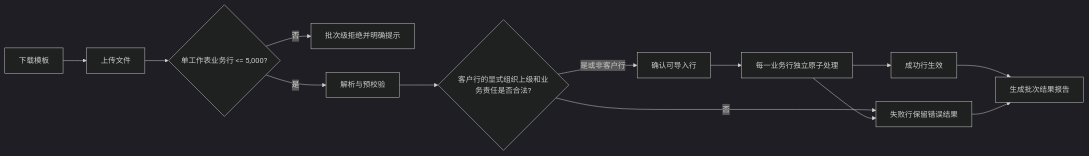
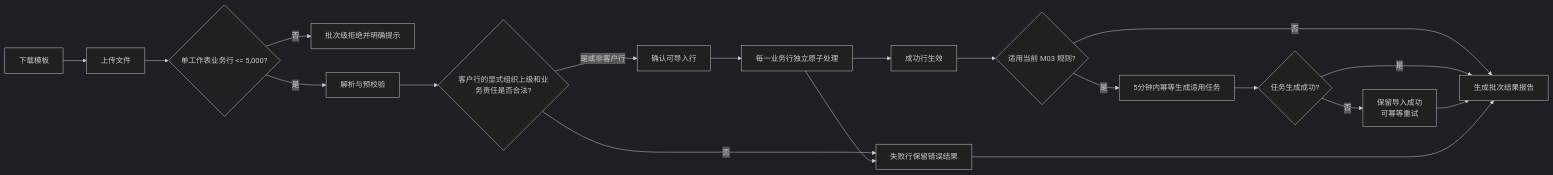
Before and after one commit to Joker-1030/Yingjia-Internal-Management-System: the first of 3 diagrams in prd-workspace/current/user-flows/FLOW-07-M10-import.md, drawn with Mermaid (dark theme). The commit also changed other lines of this file and 89 other files, not shown here.

````diff
--- a/prd-workspace/current/user-flows/FLOW-07-M10-import.md
+++ b/prd-workspace/current/user-flows/FLOW-07-M10-import.md
@@ -10,15 +10,21 @@
 ```mermaid
 flowchart LR
     A[下载模板] --> B[上传文件]
     B --> C{单工作表业务行 <= 5,000?}
     C -- 否 --> D[批次级拒绝并明确提示]
     C -- 是 --> E[解析与预校验]
     E --> E1{客户行的显式组织上级和业务责任是否合法?}
     E1 -- 否 --> I[失败行保留错误结果]
     E1 -- 是或非客户行 --> F[确认可导入行]
     F --> G[每一业务行独立原子处理]
     G --> H[成功行生效]
     G --> I[失败行保留错误结果]
-    H --> J[生成批次结果报告]
+    H --> H1{适用当前 M03 规则?}
+    H1 -- 是 --> H2[5分钟内幂等生成适用任务]
+    H1 -- 否 --> J[生成批次结果报告]
+    H2 --> H3{任务生成成功?}
+    H3 -- 是 --> J
+    H3 -- 否 --> H4[保留导入成功<br/>可幂等重试]
+    H4 --> J
     I --> J
 ```
````
